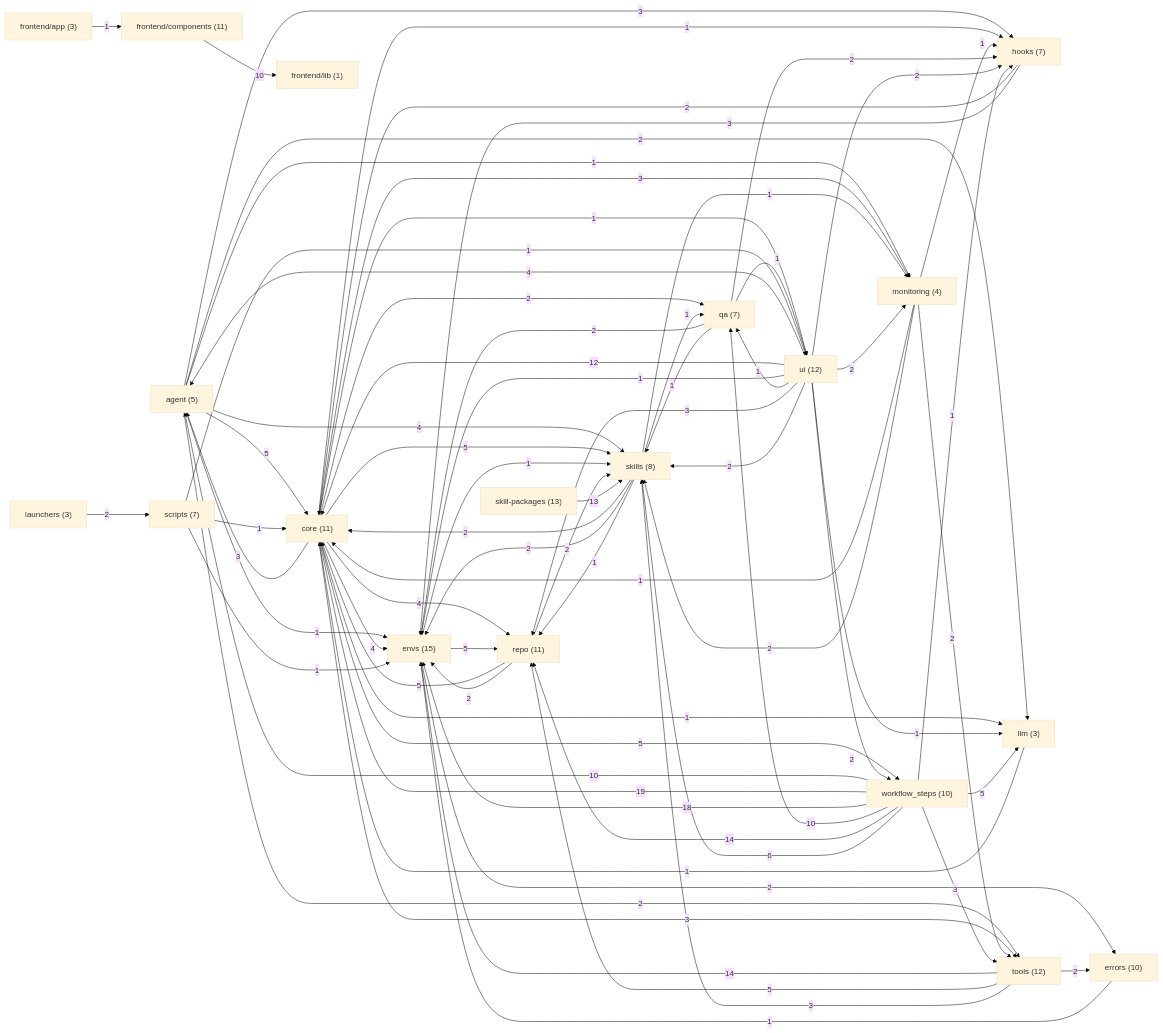
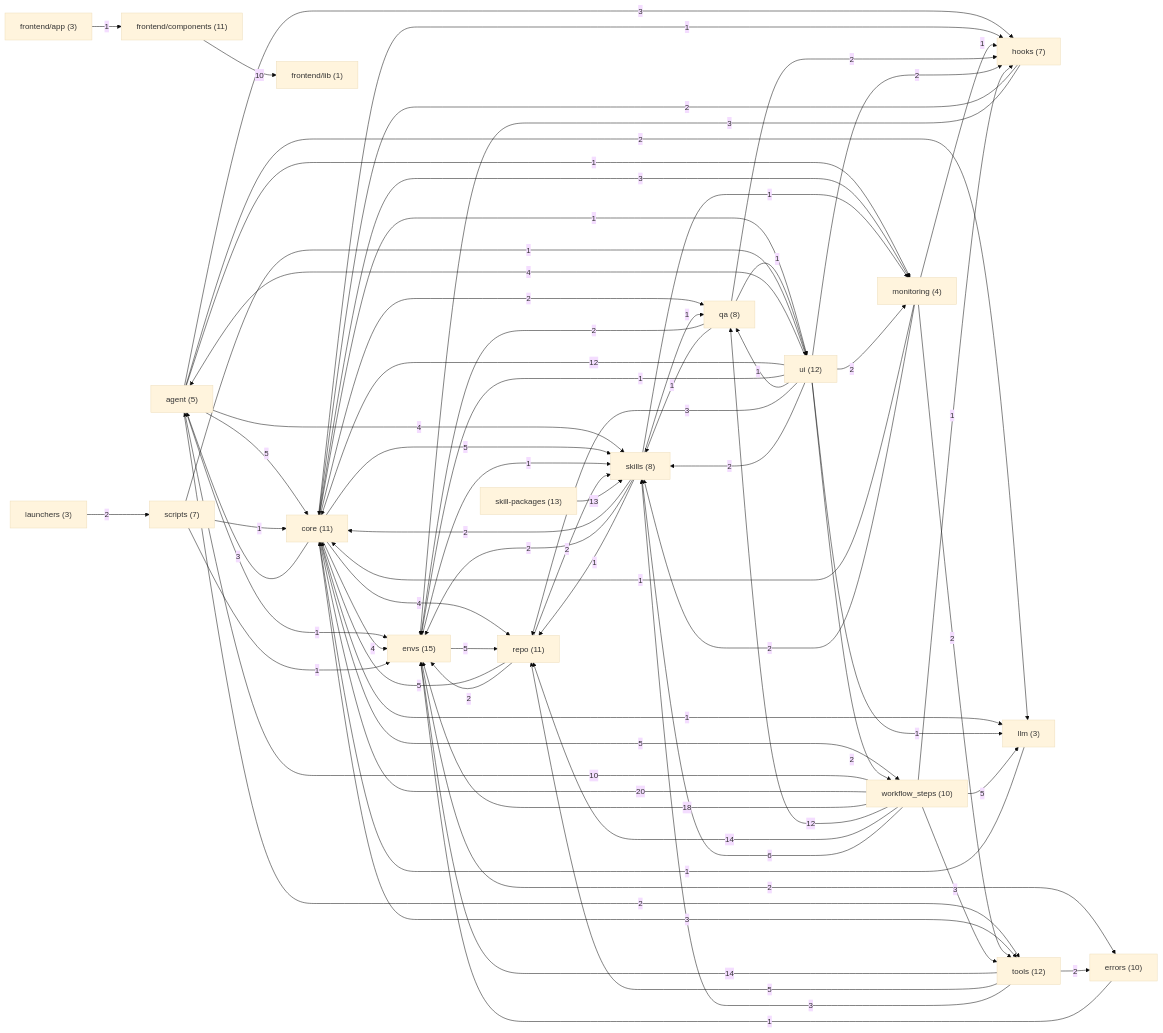
The second of 21 diagrams in docs/ARCHITECTURE_MAP.md (sarveshtalele/maf-harness-testing), drawn with Mermaid (base theme) before and after one commit. The commit also changed other lines of this file and 6 other files, not shown here.

```diff
--- a/docs/ARCHITECTURE_MAP.md
+++ b/docs/ARCHITECTURE_MAP.md
@@ -70,7 +70,7 @@
   g8["launchers (3)"]
   g9["llm (3)"]
   g10["monitoring (4)"]
-  g11["qa (7)"]
+  g11["qa (8)"]
   g12["repo (11)"]
   g13["scripts (7)"]
   g14["skill-packages (13)"]
@@ -141,11 +141,11 @@
   g17 -->|2| g15
   g17 -->|2| g18
   g18 -->|10| g0
-  g18 -->|19| g1
+  g18 -->|20| g1
   g18 -->|18| g2
   g18 -->|1| g7
   g18 -->|5| g9
-  g18 -->|10| g11
+  g18 -->|12| g11
   g18 -->|14| g12
   g18 -->|6| g15
   g18 -->|3| g16
```
